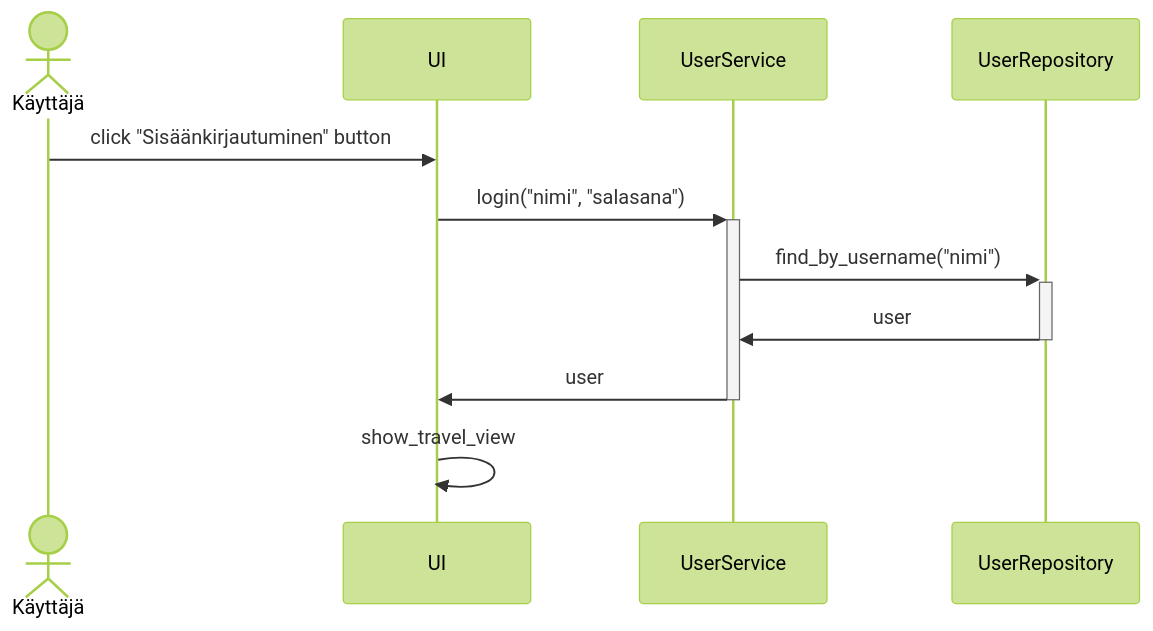
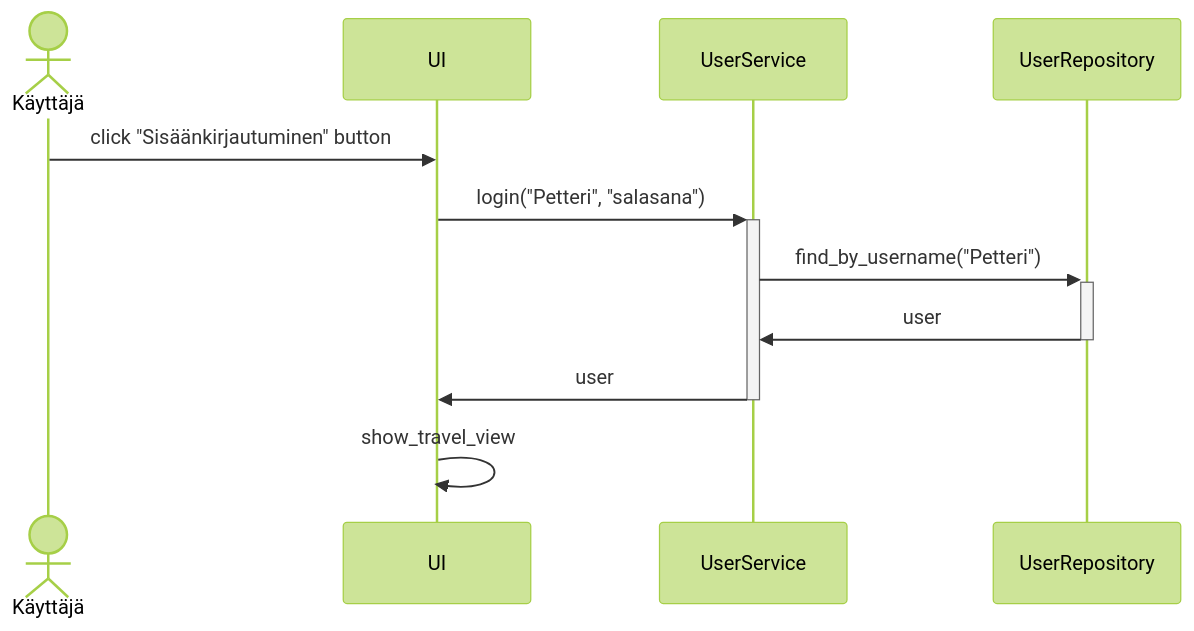
One commit to phuvio/ot-harjoitustyo changed the first of 2 diagrams in travel-expense-calculator-app/dokumentaatio/arkkitehtuuri.md. Above: the diagram before and after it, drawn with Mermaid (forest theme). The commit also changed other lines of this file, not shown here.

````diff
--- a/travel-expense-calculator-app/dokumentaatio/arkkitehtuuri.md
+++ b/travel-expense-calculator-app/dokumentaatio/arkkitehtuuri.md
@@ -26,14 +26,14 @@
 ```mermaid
  sequenceDiagram
    Actor K as Käyttäjä
    participant U as UI
    participant S as UserService
    participant R as UserRepository
    K->>U: click "Sisäänkirjautuminen" button
-   U->>+S: login("nimi", "salasana")
-   S->>+R: find_by_username("nimi")
+   U->>+S: login("Petteri", "salasana")
+   S->>+R: find_by_username("Petteri")
    R->>-S: user
    S->>-U: user
    U->>U: show_travel_view
 
 ```
````
